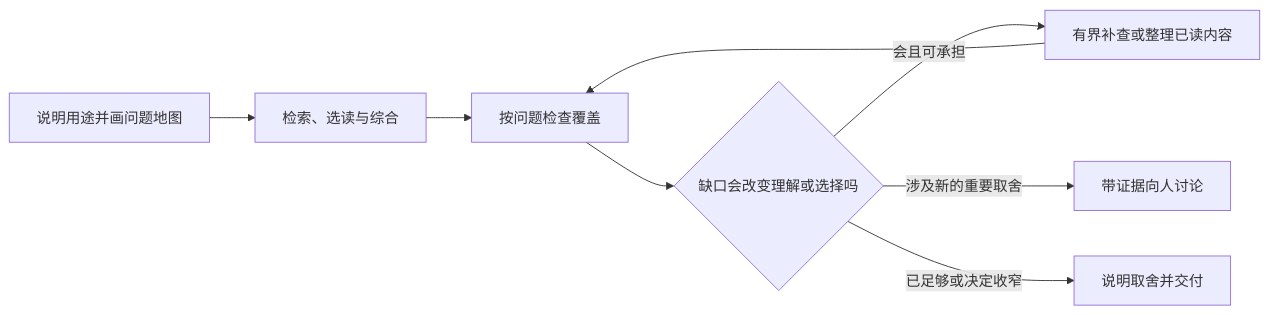
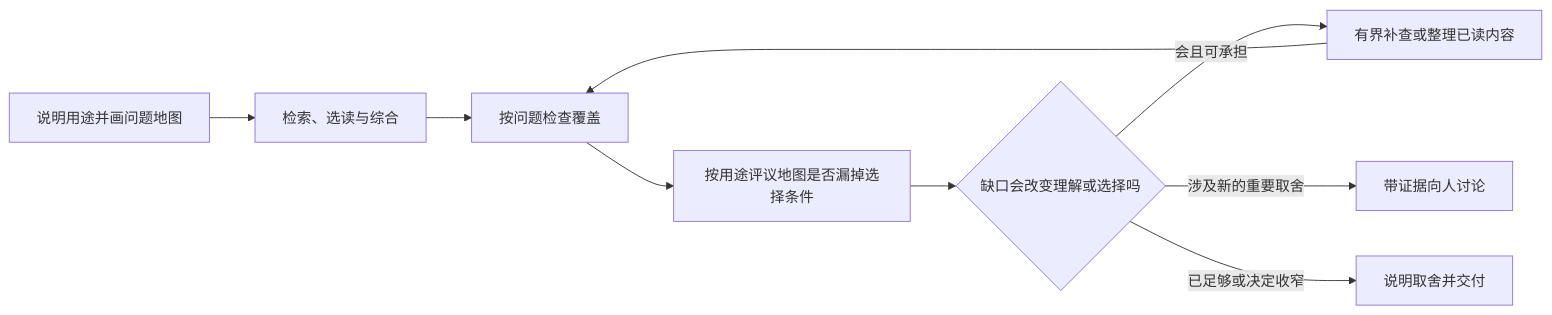
One commit to Andy7016/BioInformaticsHarness changed the diagram in core/docs/methods/guides/review-coverage-and-closure.md. Above: the diagram before and after it, drawn with Mermaid. The commit also changed other lines of this file and 29 other files, not shown here.

````diff
--- a/core/docs/methods/guides/review-coverage-and-closure.md
+++ b/core/docs/methods/guides/review-coverage-and-closure.md
@@ -5,10 +5,11 @@
 ```mermaid
 flowchart LR
     A[说明用途并画问题地图] --> B[检索、选读与综合]
     B --> C[按问题检查覆盖]
-    C --> D{缺口会改变理解或选择吗}
+    C --> H[按用途评议地图是否漏掉选择条件]
+    H --> D{缺口会改变理解或选择吗}
     D -->|会且可承担| E[有界补查或整理已读内容]
     E --> C
     D -->|涉及新的重要取舍| F[带证据向人讨论]
     D -->|已足够或决定收窄| G[说明取舍并交付]
 ```
````
